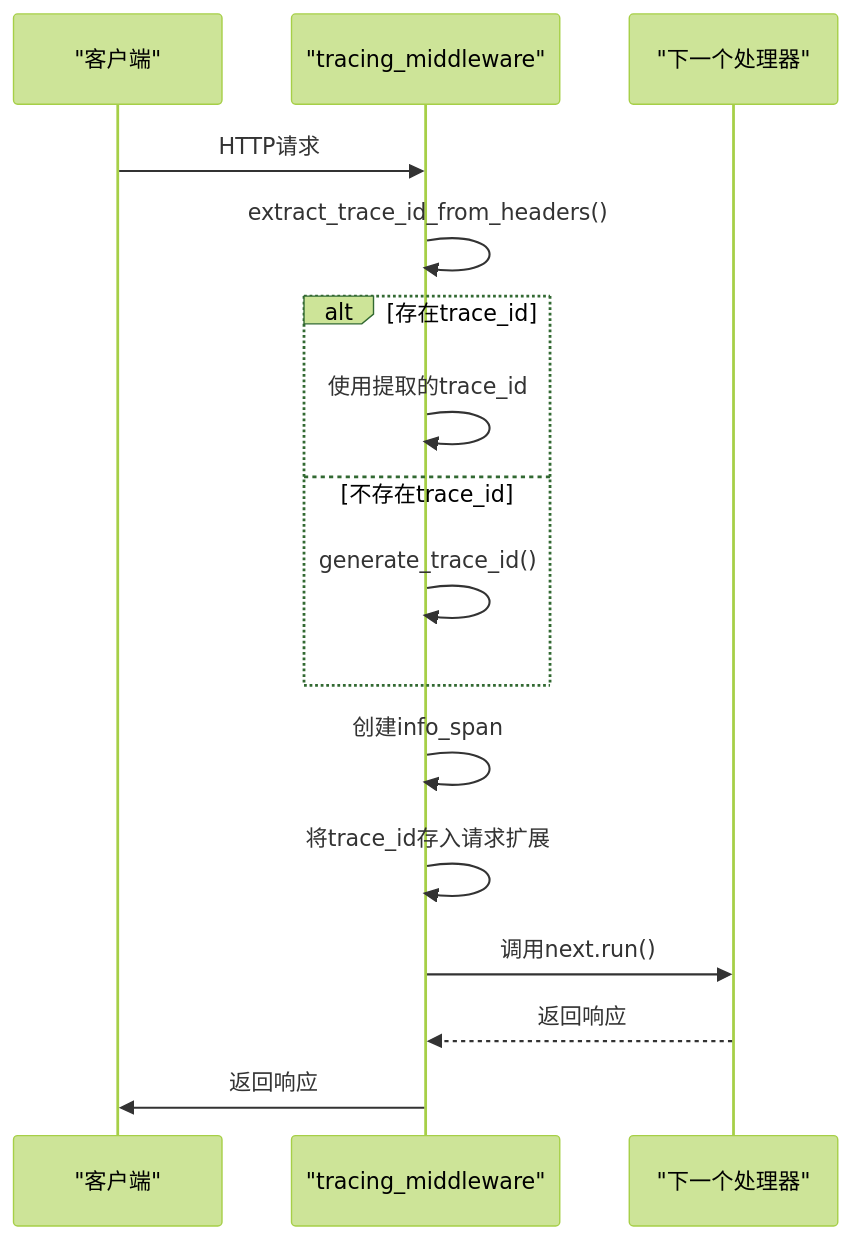
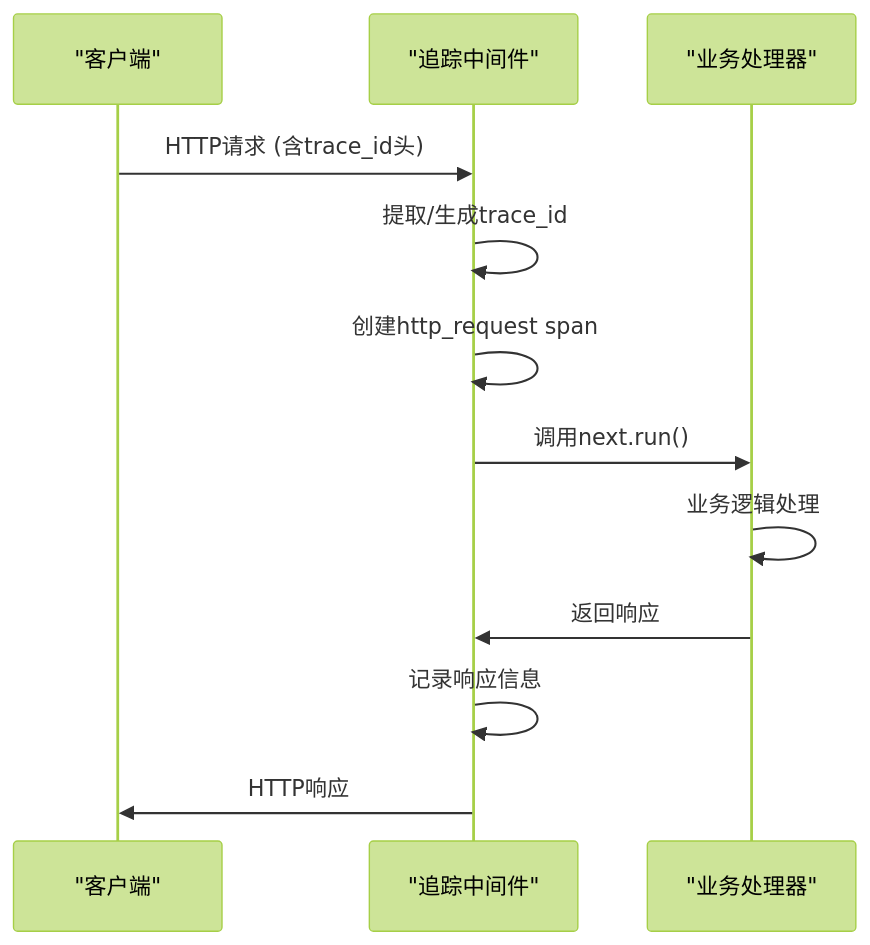
Before and after one commit to nuwax-ai/rcoder: the second of 4 diagrams in .qoder/repowiki/zh/content/可观测性/链路追踪.md, drawn with Mermaid (forest theme). The commit also changed other lines of this file and 185 other files, not shown here.

````diff
--- a/.qoder/repowiki/zh/content/可观测性/链路追踪.md
+++ b/.qoder/repowiki/zh/content/可观测性/链路追踪.md
@@ -119,18 +68,14 @@
 ```mermaid
 sequenceDiagram
 participant Client as "客户端"
-participant Middleware as "tracing_middleware"
-participant Next as "下一个处理器"
-Client->>Middleware : HTTP请求
-Middleware->>Middleware : extract_trace_id_from_headers()
-alt 存在trace_id
-Middleware->>Middleware : 使用提取的trace_id
-else 不存在trace_id
-Middleware->>Middleware : generate_trace_id()
-end
-Middleware->>Middleware : 创建info_span
-Middleware->>Middleware : 将trace_id存入请求扩展
-Middleware->>Next : 调用next.run()
-Next-->>Middleware : 返回响应
-Middleware->>Client : 返回响应
+participant Middleware as "追踪中间件"
+participant Handler as "业务处理器"
+Client->>Middleware : HTTP请求 (含trace_id头)
+Middleware->>Middleware : 提取/生成trace_id
+Middleware->>Middleware : 创建http_request span
+Middleware->>Handler : 调用next.run()
+Handler->>Handler : 业务逻辑处理
+Handler->>Middleware : 返回响应
+Middleware->>Middleware : 记录响应信息
+Middleware->>Client : HTTP响应
 ```
````
